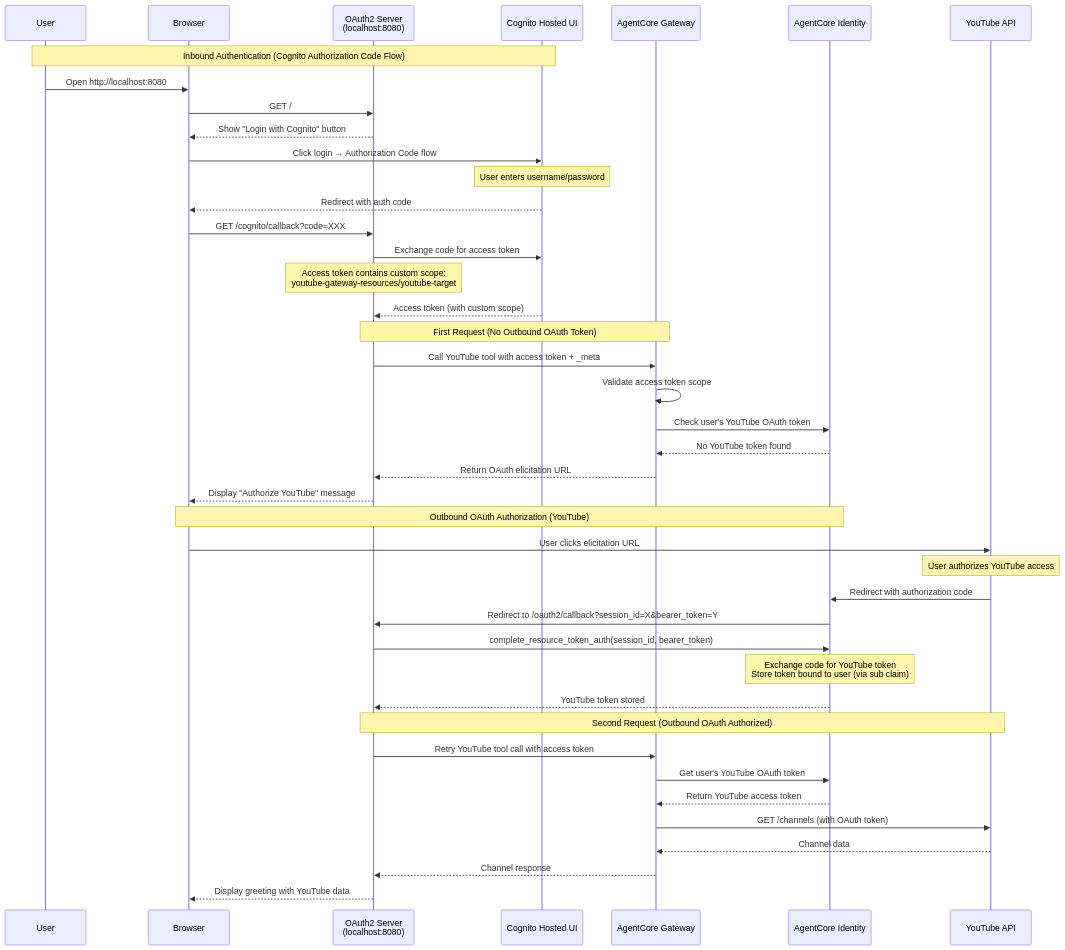
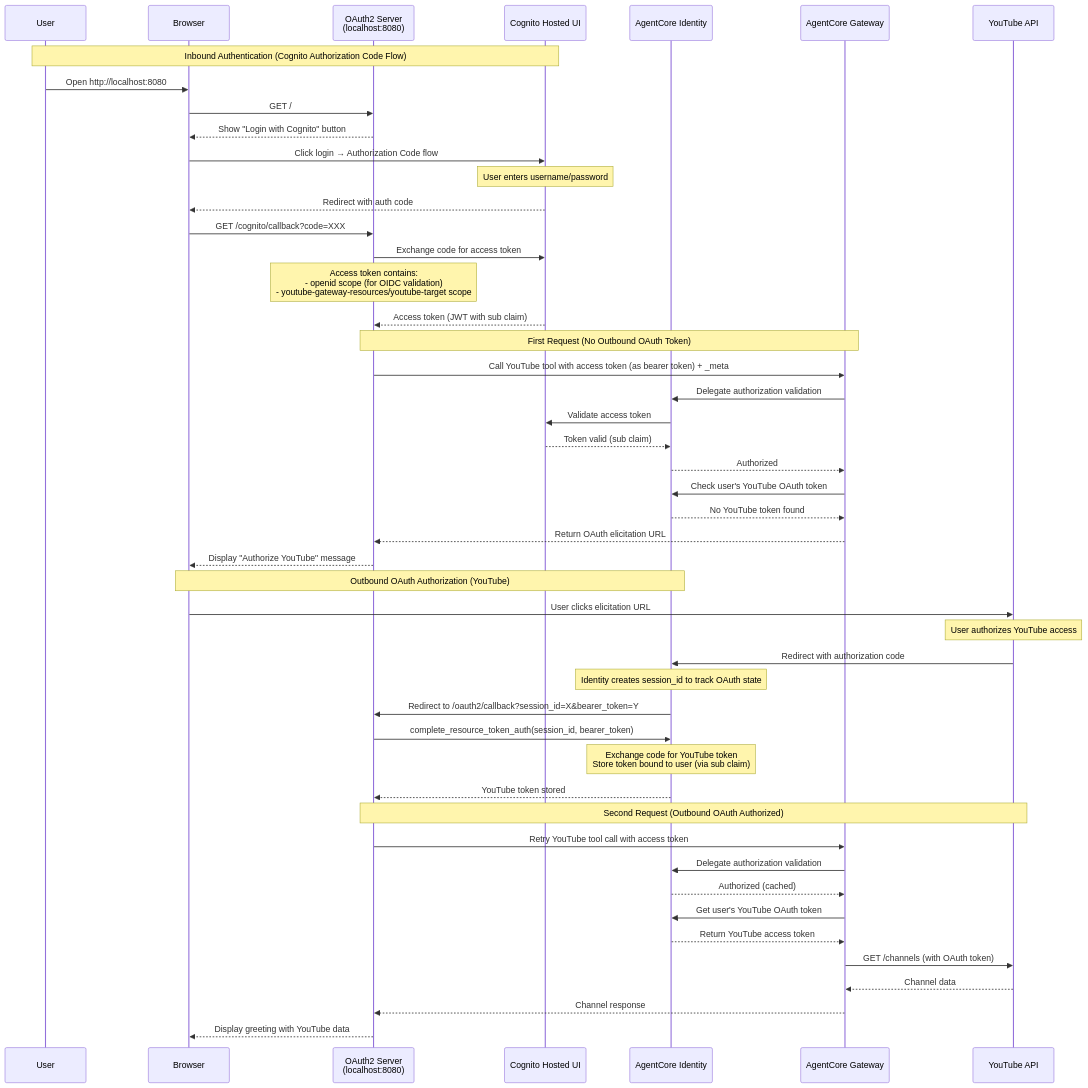
One commit to icoxfog417/agentcore-in-action changed the first of 2 diagrams in say-hello-to-authorized-customer/README.md. Above: the diagram before and after it, drawn with Mermaid. The commit also changed other lines of this file, not shown here.

````diff
--- a/say-hello-to-authorized-customer/README.md
+++ b/say-hello-to-authorized-customer/README.md
@@ -68,48 +68,54 @@
 ```mermaid
 sequenceDiagram
     participant User
     participant Browser
     participant Server as OAuth2 Server<br/>(localhost:8080)
     participant Cognito as Cognito Hosted UI
+    participant Identity as AgentCore Identity
     participant Gateway as AgentCore Gateway
-    participant Identity as AgentCore Identity
     participant YouTube as YouTube API
 
     Note over User,Cognito: Inbound Authentication (Cognito Authorization Code Flow)
     User->>Browser: Open http://localhost:8080
     Browser->>Server: GET /
     Server-->>Browser: Show "Login with Cognito" button
     Browser->>Cognito: Click login → Authorization Code flow
     Note over Cognito: User enters username/password
     Cognito-->>Browser: Redirect with auth code
     Browser->>Server: GET /cognito/callback?code=XXX
     Server->>Cognito: Exchange code for access token
-    Note over Server: Access token contains custom scope:<br/>youtube-gateway-resources/youtube-target
-    Cognito-->>Server: Access token (with custom scope)
+    Note over Server: Access token contains:<br/>- openid scope (for OIDC validation)<br/>- youtube-gateway-resources/youtube-target scope
+    Cognito-->>Server: Access token (JWT with sub claim)
     
     Note over Server,Gateway: First Request (No Outbound OAuth Token)
-    Server->>Gateway: Call YouTube tool with access token + _meta
-    Gateway->>Gateway: Validate access token scope
+    Server->>Gateway: Call YouTube tool with access token (as bearer token) + _meta
+    Gateway->>Identity: Delegate authorization validation
+    Identity->>Cognito: Validate access token
+    Cognito-->>Identity: Token valid (sub claim)
+    Identity-->>Gateway: Authorized
     Gateway->>Identity: Check user's YouTube OAuth token
     Identity-->>Gateway: No YouTube token found
     Gateway-->>Server: Return OAuth elicitation URL
     Server-->>Browser: Display "Authorize YouTube" message
     
     Note over Browser,Identity: Outbound OAuth Authorization (YouTube)
     Browser->>YouTube: User clicks elicitation URL
     Note over YouTube: User authorizes YouTube access
     YouTube->>Identity: Redirect with authorization code
+    Note over Identity: Identity creates session_id to track OAuth state
     Identity->>Server: Redirect to /oauth2/callback?session_id=X&bearer_token=Y
     Server->>Identity: complete_resource_token_auth(session_id, bearer_token)
     Note over Identity: Exchange code for YouTube token<br/>Store token bound to user (via sub claim)
     Identity-->>Server: YouTube token stored
     
     Note over Server,YouTube: Second Request (Outbound OAuth Authorized)
     Server->>Gateway: Retry YouTube tool call with access token
+    Gateway->>Identity: Delegate authorization validation
+    Identity-->>Gateway: Authorized (cached)
     Gateway->>Identity: Get user's YouTube OAuth token
     Identity-->>Gateway: Return YouTube access token
     Gateway->>YouTube: GET /channels (with OAuth token)
     YouTube-->>Gateway: Channel data
     Gateway-->>Server: Channel response
     Server-->>Browser: Display greeting with YouTube data
 ```
````
